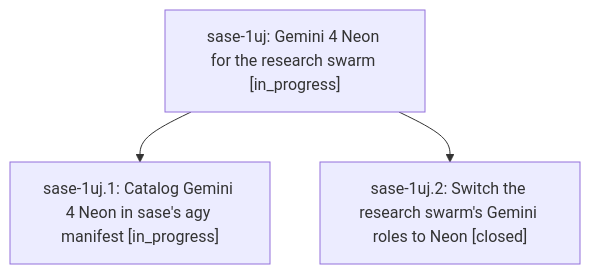
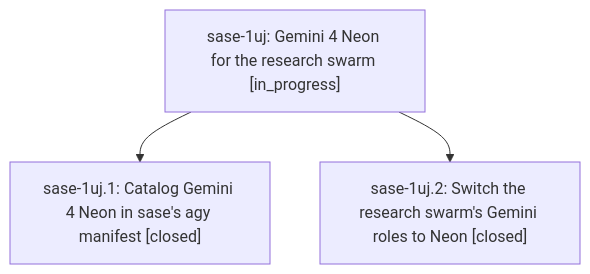
One commit to sase-org/sase--beads changed the diagram in pages/sase-1uj/README.md. Above: the diagram before and after it, drawn with Mermaid. The commit also changed other lines of this file and 2 other files, not shown here.

First line of the commit message:
chore(beads): sync bead state and pages for sase-1uj

````diff
--- a/pages/sase-1uj/README.md
+++ b/pages/sase-1uj/README.md
@@ -35,8 +35,8 @@
 ```mermaid
 flowchart TD
     n0["sase-1uj: Gemini 4 Neon for the research swarm [in_progress]"]
-    n1["sase-1uj.1: Catalog Gemini 4 Neon in sase's agy manifest [in_progress]"]
+    n1["sase-1uj.1: Catalog Gemini 4 Neon in sase's agy manifest [closed]"]
     n2["sase-1uj.2: Switch the research swarm's Gemini roles to Neon [closed]"]
     n0 --> n1
     n0 --> n2
 ```
````
